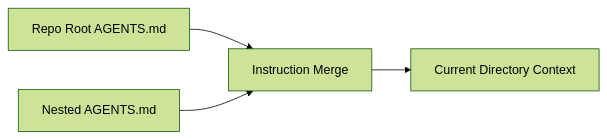
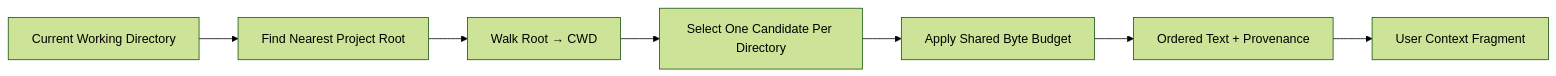
The diagram in s10_agents_md_instructions/README.md (zz1403489227-crypto/learn-codex), drawn with Mermaid (forest theme) before and after one commit. The commit also changed other lines of this file and 5 other files, not shown here.

````diff
--- a/s10_agents_md_instructions/README.md
+++ b/s10_agents_md_instructions/README.md
@@ -3,6 +3,9 @@
 ```mermaid
 flowchart LR
-    R["Repo Root AGENTS.md"] --> M["Instruction Merge"]
-    N["Nested AGENTS.md"] --> M
-    M --> C["Current Directory Context"]
+    C["Current Working Directory"] --> R["Find Nearest Project Root"]
+    R --> D["Walk Root → CWD"]
+    D --> S["Select One Candidate Per Directory"]
+    S --> B["Apply Shared Byte Budget"]
+    B --> P["Ordered Text + Provenance"]
+    P --> U["User Context Fragment"]
 ```
````
